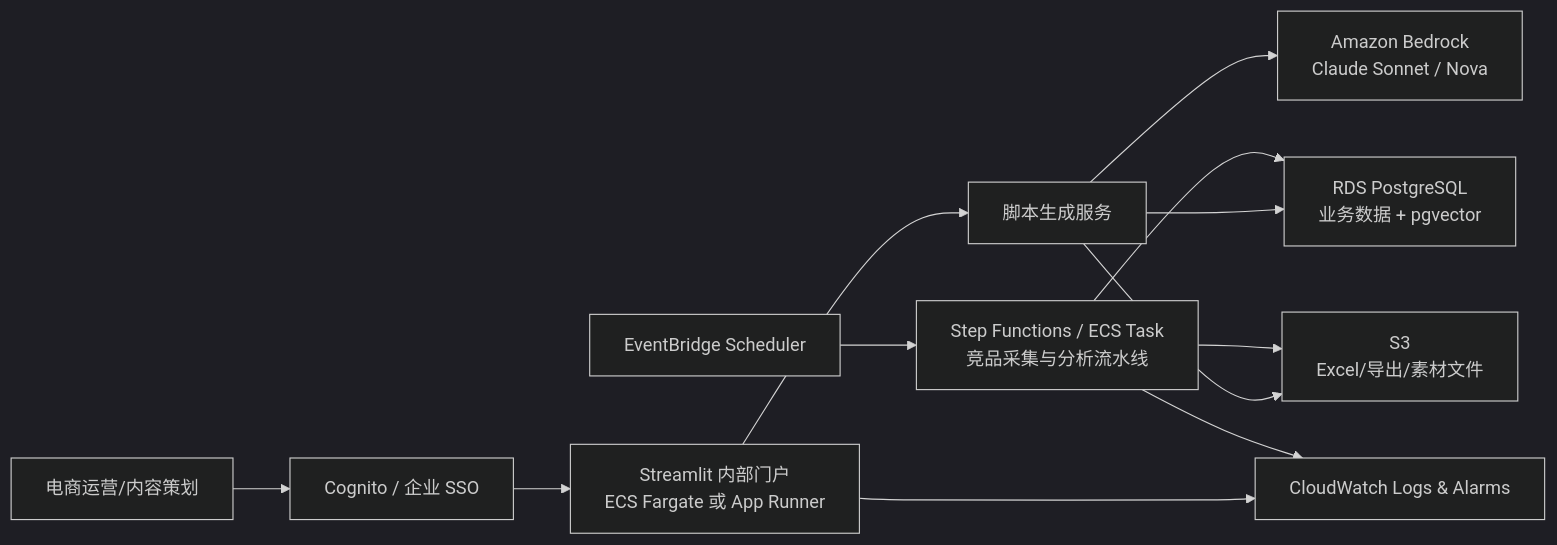
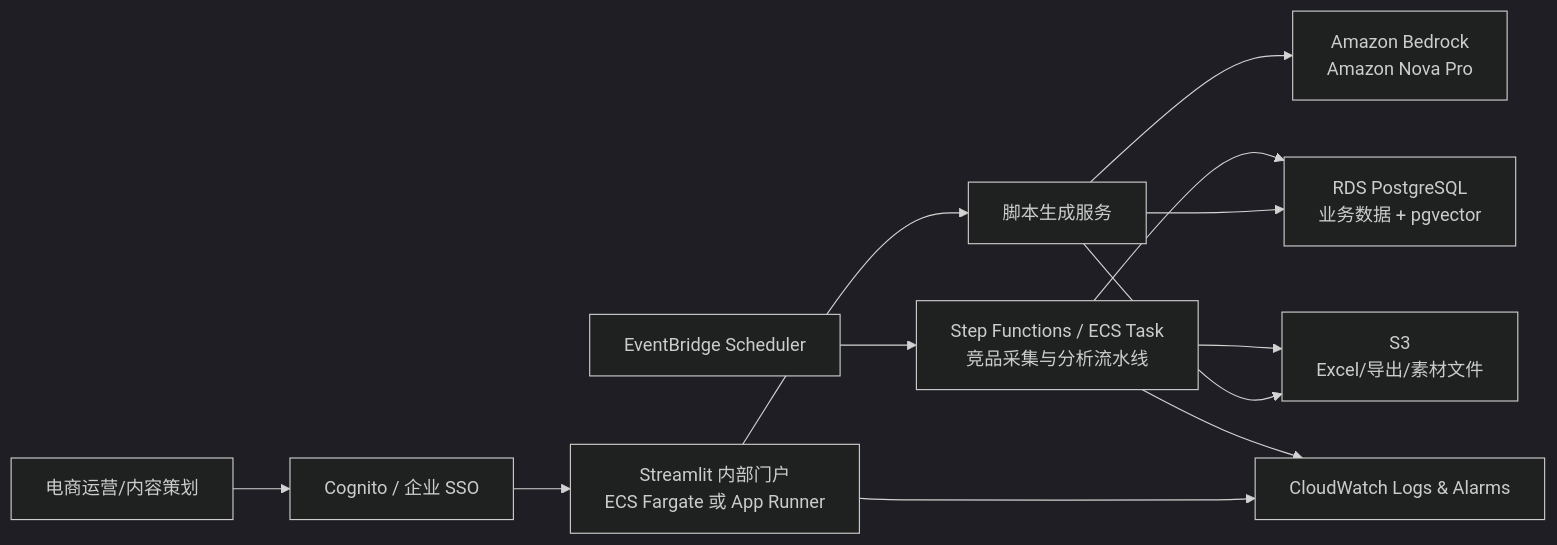
One commit to gaoc33721-ai/video-script-creator changed the diagram in docs/aws-internal-platform-plan.md. Above: the diagram before and after it, drawn with Mermaid (dark theme). The commit also changed other lines of this file and 4 other files, not shown here.

Commit message:
Use EU Nova Pro inference profile

````diff
--- a/docs/aws-internal-platform-plan.md
+++ b/docs/aws-internal-platform-plan.md
@@ -32,14 +32,14 @@
 ```mermaid
 flowchart LR
   User["电商运营/内容策划"] --> Auth["Cognito / 企业 SSO"]
   Auth --> Web["Streamlit 内部门户<br/>ECS Fargate 或 App Runner"]
   Web --> API["脚本生成服务"]
   API --> RDS["RDS PostgreSQL<br/>业务数据 + pgvector"]
   API --> S3["S3<br/>Excel/导出/素材文件"]
-  API --> LLM["Amazon Bedrock<br/>Claude Sonnet / Nova"]
+  API --> LLM["Amazon Bedrock<br/>Amazon Nova Pro"]
   Scheduler["EventBridge Scheduler"] --> Pipeline["Step Functions / ECS Task<br/>竞品采集与分析流水线"]
   Pipeline --> S3
   Pipeline --> RDS
   Web --> Logs["CloudWatch Logs & Alarms"]
   Pipeline --> Logs
 ```
````
